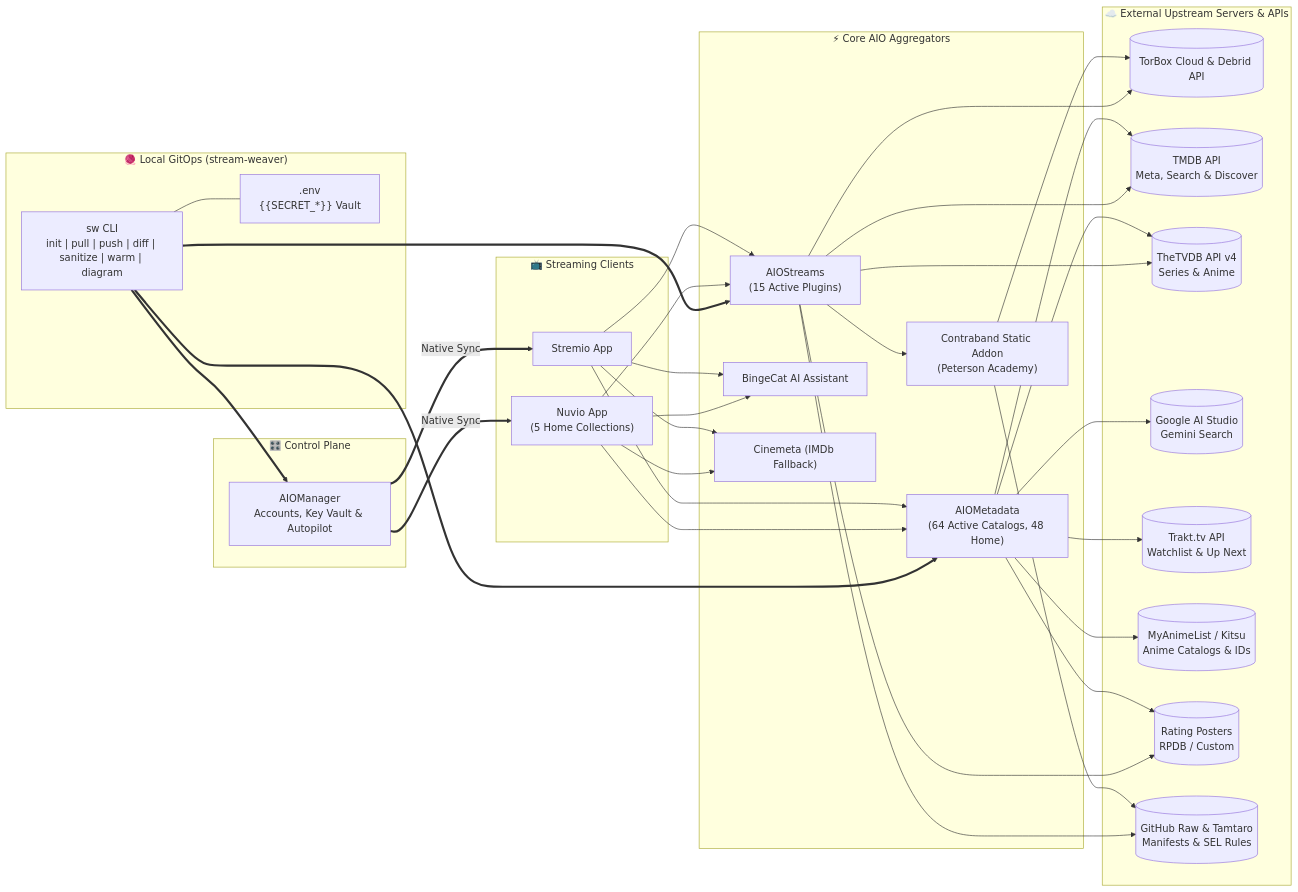
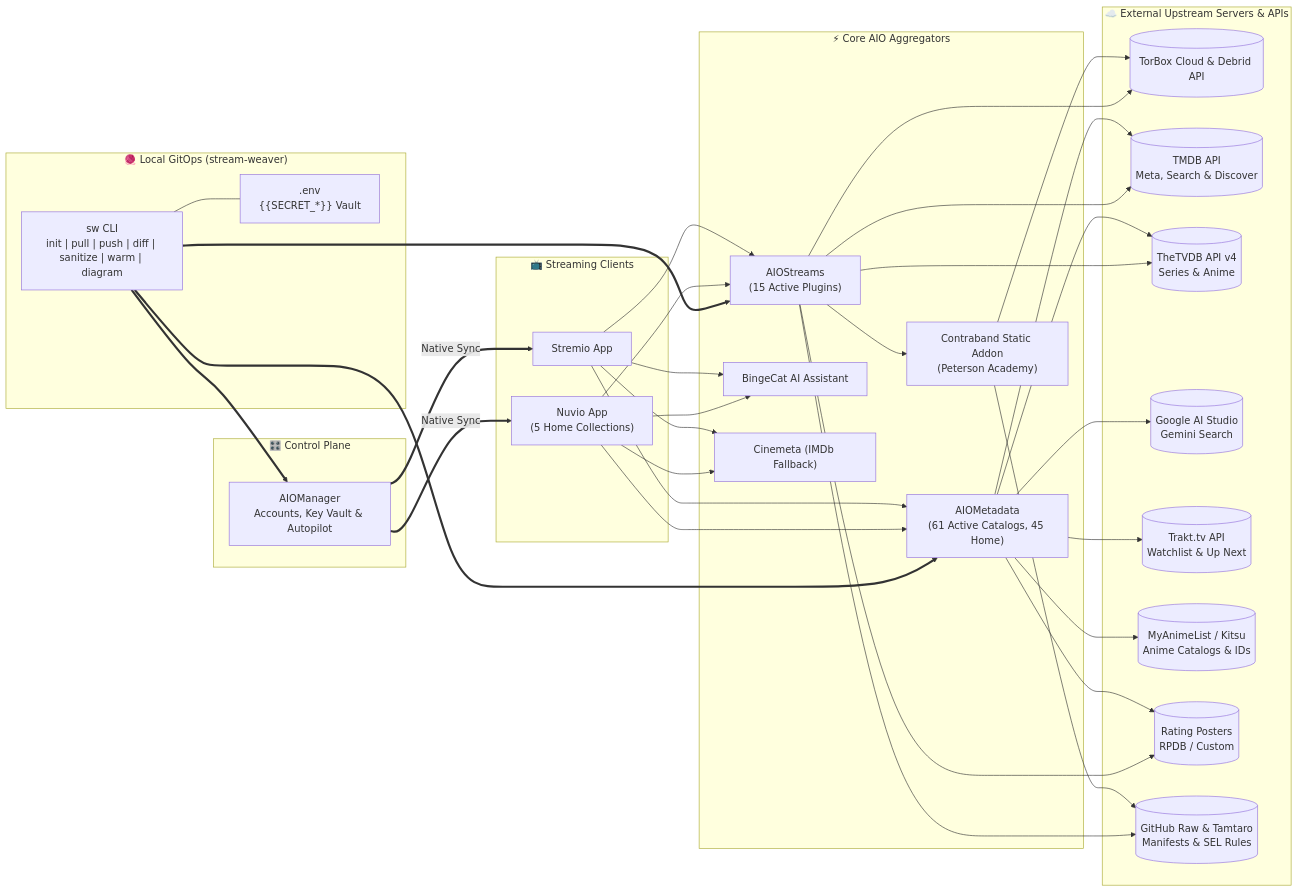
Before and after one commit to Darshan-AS/stream-weaver: the first of 3 diagrams in ARCHITECTURE.md, drawn with Mermaid. The commit also changed other lines of this file and 3 other files, not shown here.

First line of the commit message:
chore(aiometadata): Retire dead Trakt-authenticated catalogs; free Trakt app slot for Nuvio

````diff
--- a/ARCHITECTURE.md
+++ b/ARCHITECTURE.md
@@ -26,43 +26,43 @@
 ```mermaid
 flowchart LR
     subgraph GitOps["🧶 Local GitOps (stream-weaver)"]
         SW["sw CLI\ninit | pull | push | diff | sanitize | warm | diagram"]
         ENV[".env\n{{SECRET_*}} Vault"]
         SW --- ENV
     end
 
     subgraph Clients["📺 Streaming Clients"]
         Nuvio["Nuvio App\n(5 Home Collections)"]
         Stremio["Stremio App"]
     end
 
     subgraph Control["🎛️ Control Plane"]
         MGR["AIOManager\nAccounts, Key Vault & Autopilot"]
     end
 
     subgraph Aggregators["⚡ Core AIO Aggregators"]
         AS["AIOStreams\n(15 Active Plugins)"]
-        AM["AIOMetadata\n(64 Active Catalogs, 48 Home)"]
+        AM["AIOMetadata\n(61 Active Catalogs, 45 Home)"]
         BC["BingeCat AI Assistant"]
         CB["Contraband Static Addon\n(Peterson Academy)"]
         CM["Cinemeta (IMDb Fallback)"]
     end
 
     subgraph Upstream["☁️ External Upstream Servers & APIs"]
         DEB[("TorBox Cloud & Debrid API")]
         TMDB[("TMDB API\nMeta, Search & Discover")]
         TVDB[("TheTVDB API v4\nSeries & Anime")]
         GEM[("Google AI Studio\nGemini Search")]
         TRAKT[("Trakt.tv API\nWatchlist & Up Next")]
         MAL[("MyAnimeList / Kitsu\nAnime Catalogs & IDs")]
         POSTER[("Rating Posters\nRPDB / Custom")]
         GH[("GitHub Raw & Tamtaro\nManifests & SEL Rules")]
     end
 
     SW ==> MGR & AS & AM
     MGR == "Native Sync" ==> Nuvio & Stremio
     Nuvio & Stremio --> AS & AM & BC & CM
     AS --> CB & DEB & TMDB & TVDB & POSTER & GH
     CB --> GH & DEB
     AM --> TMDB & TVDB & GEM & TRAKT & MAL & POSTER
 ```
````
